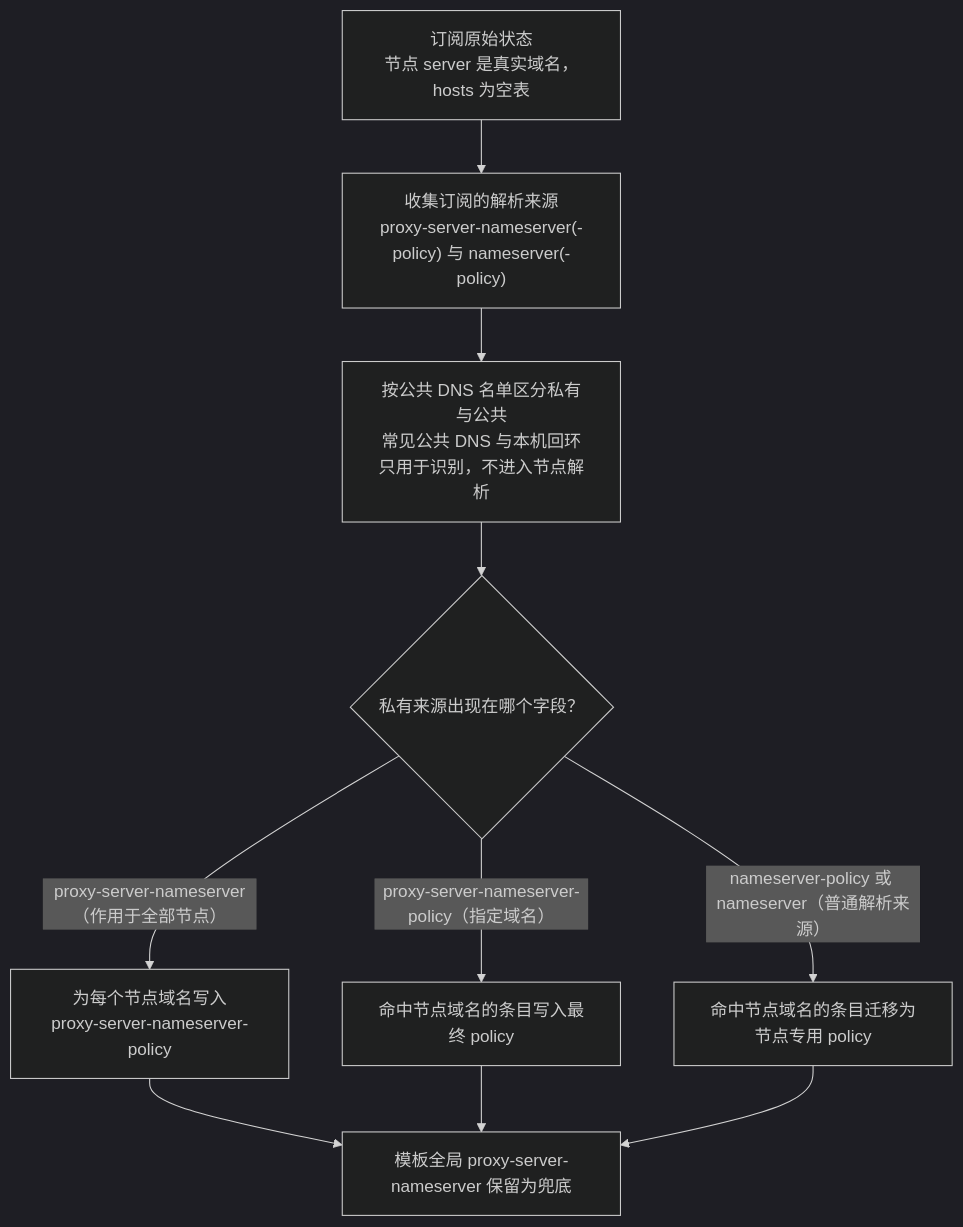
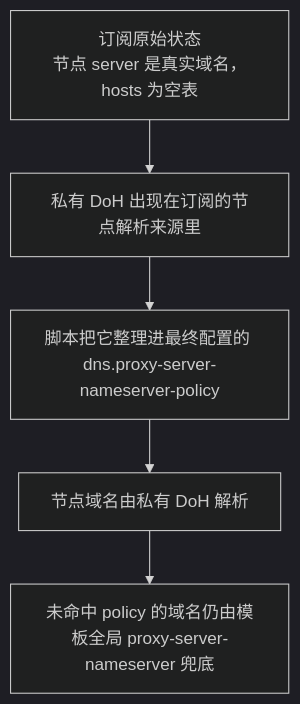
The second of 9 diagrams in README.md (XVSVTsama/XVSVT-Clash-Config), drawn with Mermaid (dark theme) before and after one commit. The commit also changed other lines of this file, not shown here.

Commit message:
Reduce hosts/DNS flows to the target path of each scenario

````diff
--- a/README.md
+++ b/README.md
@@ -137,13 +131,8 @@
 ```mermaid
 flowchart TD
   B1["订阅原始状态<br/>节点 server 是真实域名，hosts 为空表"]
-  B1 --> B2["收集订阅的解析来源<br/>proxy-server-nameserver(-policy) 与 nameserver(-policy)"]
-  B2 --> B3["按公共 DNS 名单区分私有与公共<br/>常见公共 DNS 与本机回环只用于识别，不进入节点解析"]
-  B3 --> B4{"私有来源出现在哪个字段？"}
-  B4 -->|"proxy-server-nameserver（作用于全部节点）"| B5["为每个节点域名写入<br/>proxy-server-nameserver-policy"]
-  B4 -->|"proxy-server-nameserver-policy（指定域名）"| B6["命中节点域名的条目写入最终 policy"]
-  B4 -->|"nameserver-policy 或 nameserver（普通解析来源）"| B7["命中节点域名的条目迁移为节点专用 policy"]
-  B5 --> B8["模板全局 proxy-server-nameserver 保留为兜底"]
-  B6 --> B8
-  B7 --> B8
+  B1 --> B2["私有 DoH 出现在订阅的节点解析来源里"]
+  B2 --> B3["脚本把它整理进最终配置的 dns.proxy-server-nameserver-policy"]
+  B3 --> B4["节点域名由私有 DoH 解析"]
+  B4 --> B5["未命中 policy 的域名仍由模板全局 proxy-server-nameserver 兜底"]
 ```
````
